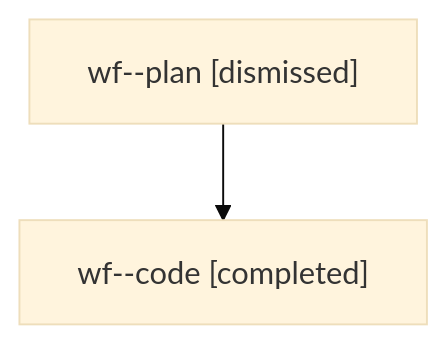
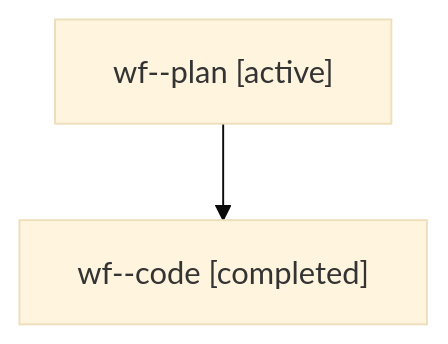
The diagram in families/bbugyi200.athena.wf.md (sase-org/sase--agents), drawn with Mermaid (base theme) before and after one commit. The commit also changed other lines of this file and 35830 other files, not shown here.

````diff
--- a/families/bbugyi200.athena.wf.md
+++ b/families/bbugyi200.athena.wf.md
@@ -9,6 +9,6 @@
 ```mermaid
 flowchart TD
-  n0["wf--plan [dismissed]"]
+  n0["wf--plan [active]"]
   n1["wf--code [completed]"]
   n0 --> n1
 ```
````
